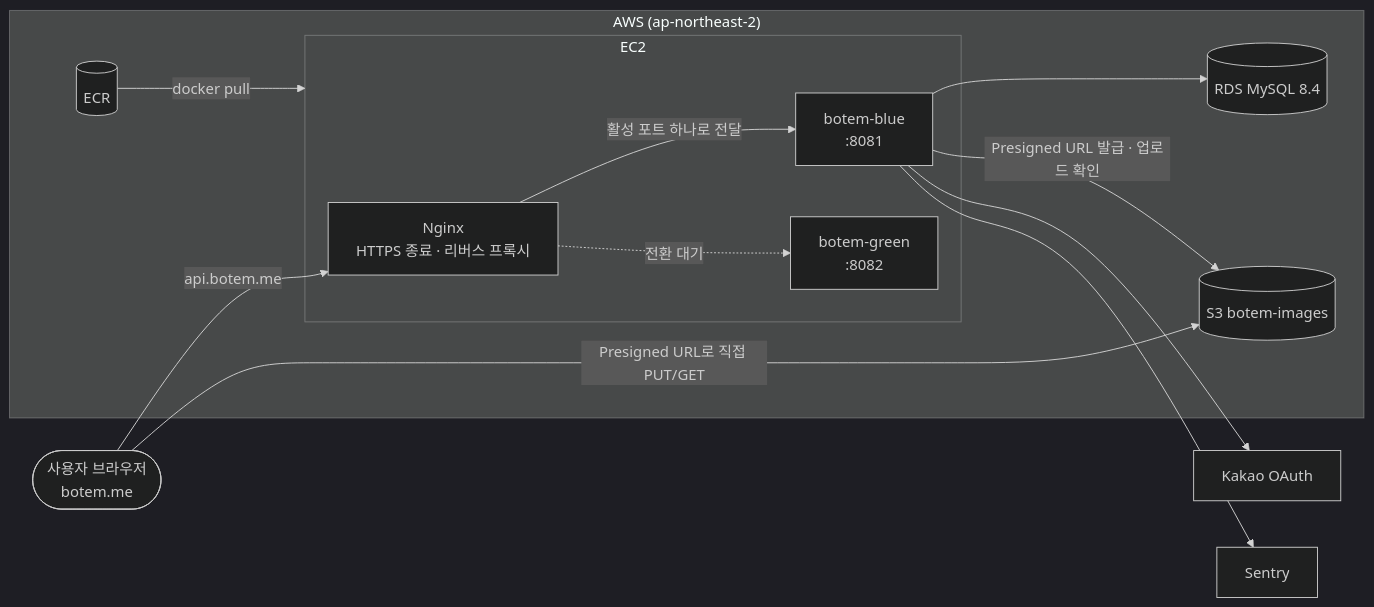
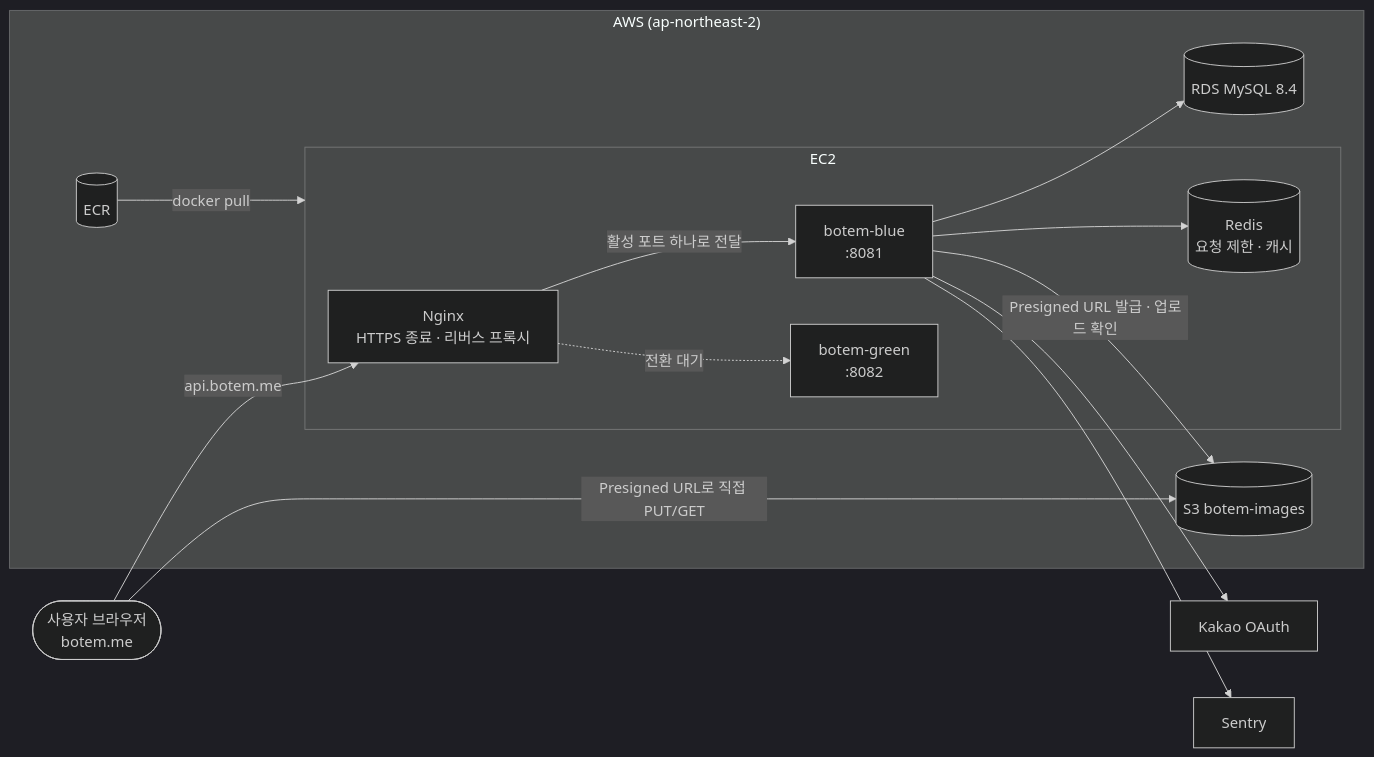
Before and after one commit to KUSITMS-BOTEM/BOTEM-BE: the first of 2 diagrams in docs/architecture.md, drawn with Mermaid (dark theme). The commit also changed other lines of this file and 1 other file, not shown here.

Commit message:
docs: Redis 도입 근거와 확장 계획, 부하 테스트 결과 반영

````diff
--- a/docs/architecture.md
+++ b/docs/architecture.md
@@ -8,28 +8,30 @@
 ```mermaid
 flowchart LR
     user([사용자 브라우저<br/>botem.me])
 
     subgraph AWS["AWS (ap-northeast-2)"]
         subgraph EC2["EC2"]
             nginx[Nginx<br/>HTTPS 종료 · 리버스 프록시]
             blue[botem-blue<br/>:8081]
             green[botem-green<br/>:8082]
+            redis[(Redis<br/>요청 제한 · 캐시)]
         end
         rds[(RDS MySQL 8.4)]
         s3[(S3 botem-images)]
         ecr[(ECR)]
     end
 
     kakao[Kakao OAuth]
     sentry[Sentry]
 
     user -- "api.botem.me" --> nginx
     nginx -- "활성 포트 하나로 전달" --> blue
     nginx -. "전환 대기" .-> green
     blue --> rds
+    blue --> redis
     blue -- "Presigned URL 발급 · 업로드 확인" --> s3
     user -- "Presigned URL로 직접 PUT/GET" --> s3
     blue --> kakao
     blue --> sentry
     ecr -- "docker pull" --> EC2
 ```
````
